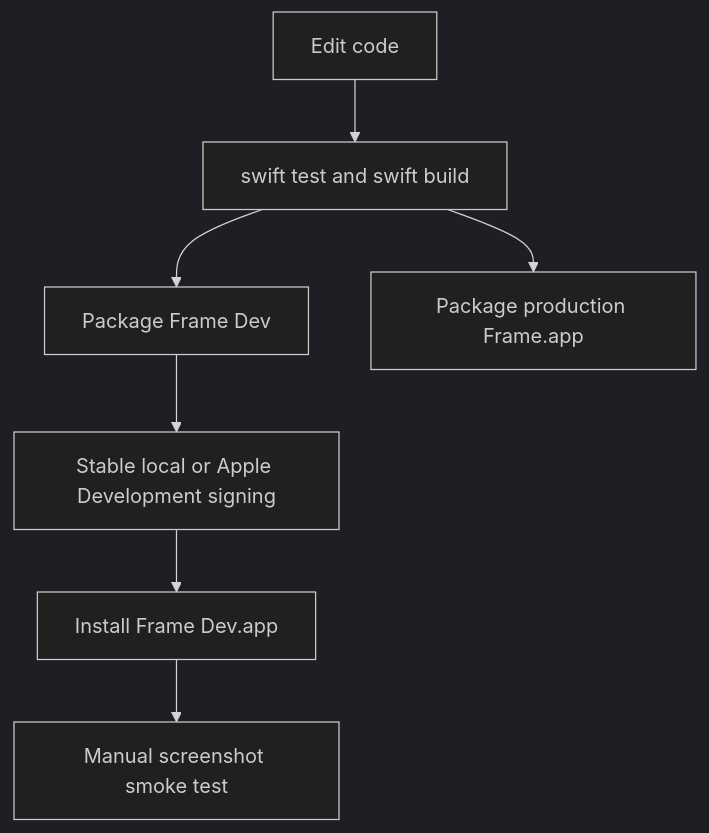
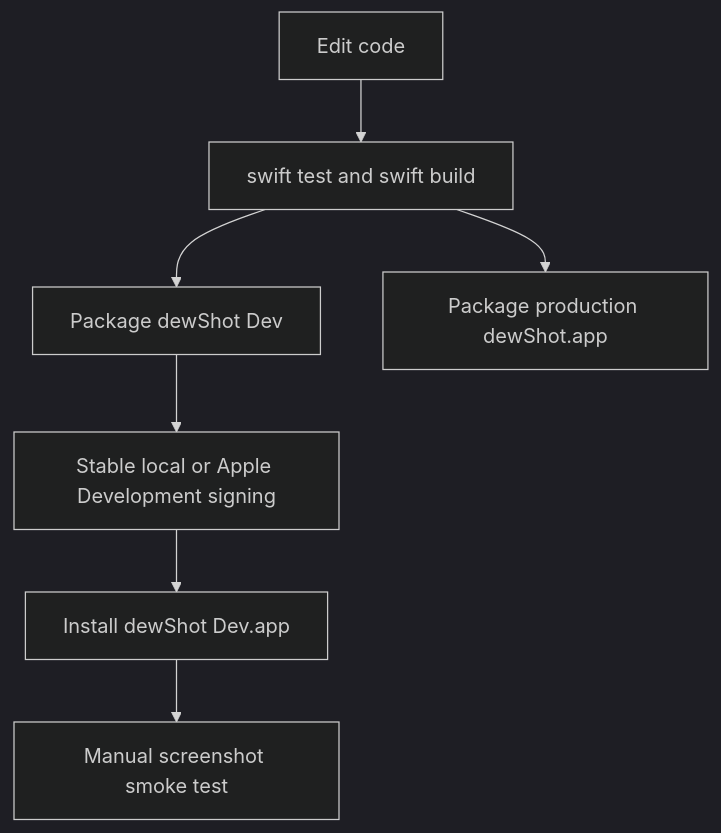
The diagram in docs/development.md (deweyou/dewshot), drawn with Mermaid (dark theme) before and after one commit. The commit also changed other lines of this file and 65 other files, not shown here.

First line of the commit message:
Rename Frame to dewShot and refine the first-release workflow (#40)

````diff
--- a/docs/development.md
+++ b/docs/development.md
@@ -3,9 +3,9 @@
 ```mermaid
 flowchart TD
     Edit[Edit code] --> Verify[swift test and swift build]
-    Verify --> DevPackage[Package Frame Dev]
+    Verify --> DevPackage[Package dewShot Dev]
     DevPackage --> DevSign[Stable local or Apple Development signing]
-    DevSign --> DevInstall[Install Frame Dev.app]
+    DevSign --> DevInstall[Install dewShot Dev.app]
     DevInstall --> Smoke[Manual screenshot smoke test]
-    Verify --> Production[Package production Frame.app]
+    Verify --> Production[Package production dewShot.app]
 ```
````
